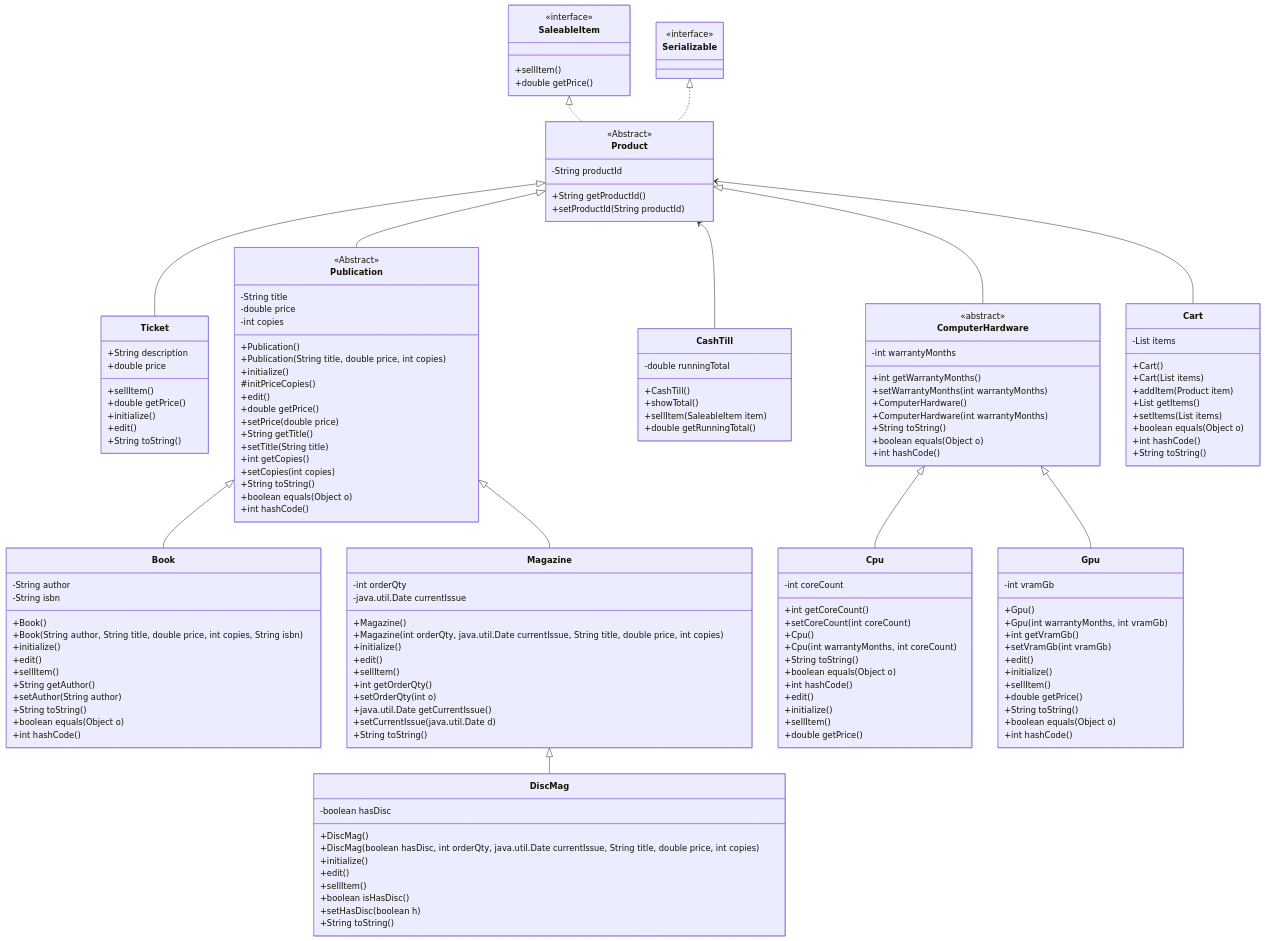
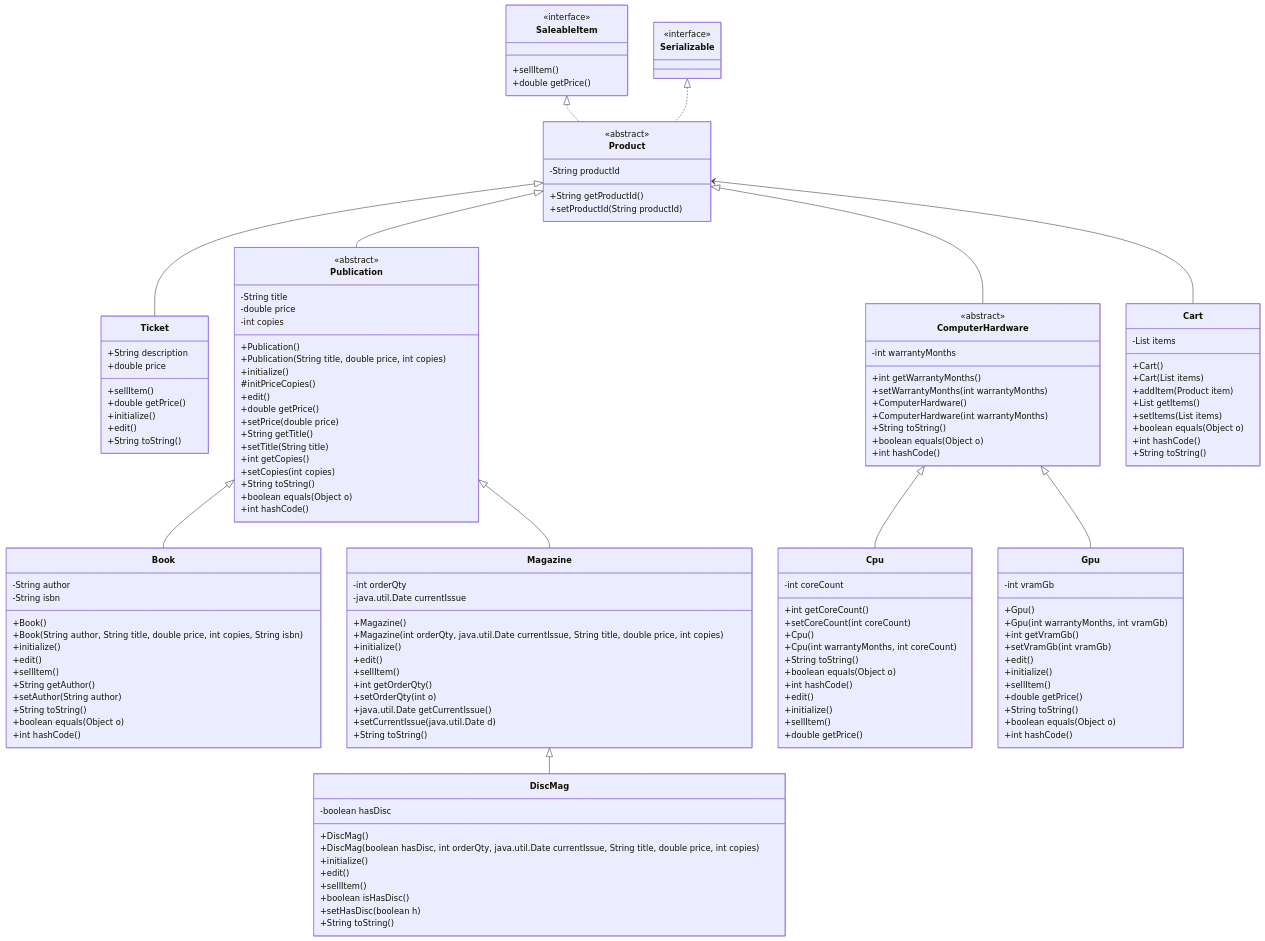
The diagram in documentation/bookstore.f25-2025-11-17-211001.mmd (Glynn494/csd230_w26.lab1.GlynnNelson), drawn with Mermaid before and after one commit.

Commit message:
Lab 1 Complete 2

```diff
--- a/documentation/bookstore.f25-2025-11-17-211001.mmd
+++ b/documentation/bookstore.f25-2025-11-17-211001.mmd
@@ -1,153 +1,145 @@
 classDiagram
     Product <|--Ticket
     Product <|--Publication
     Publication <|-- Book
     Publication <|-- Magazine
     Magazine <|-- DiscMag
     SaleableItem <|.. Product
     Serializable <|.. Product
-    Product <-- CashTill
     Product <|-- ComputerHardware
     ComputerHardware <|-- Cpu
     ComputerHardware <|-- Gpu
     Product <-- Cart
 
     class Cart {
         -List<Product> items
         +Cart()
         +Cart(List<Product> items)
         +addItem(Product item)
         +List<Product> getItems()
         +setItems(List<Product> items)
         +boolean equals(Object o)
         +int hashCode()
         +String toString()
     }
     class Product{
-        <<Abstract>>
+        <<abstract>>
         -String productId
         +String getProductId()
         +setProductId(String productId)
     }
     class Serializable{
         <<interface>>
     }
     class Ticket{
         +String description
         +double price
         +sellItem()
         +double getPrice()
         +initialize()
         +edit()
         +String toString()
     }
     class Publication{
-        <<Abstract>>
+        <<abstract>>
         -String title
         -double price
         -int copies
         +Publication()
         +Publication(String title, double price, int copies)
         +initialize()
         #initPriceCopies()
         +edit()
         +double getPrice()
         +setPrice(double price)
         +String getTitle()
         +setTitle(String title)
         +int getCopies()
         +setCopies(int copies)
         +String toString()
         +boolean equals(Object o)
         +int hashCode()
     }
     class Book{
         -String author
         -String isbn
         +Book()
         +Book(String author, String title, double price, int copies, String isbn)
         +initialize()
         +edit()
         +sellItem()
         +String getAuthor()
         +setAuthor(String author)
         +String toString()
         +boolean equals(Object o)
         +int hashCode()
     }
     class Magazine{
         -int orderQty
         -java.util.Date currentIssue
         +Magazine()
         +Magazine(int orderQty, java.util.Date currentIssue, String title, double price, int copies)
         +initialize()
         +edit()
         +sellItem()
         +int getOrderQty()
         +setOrderQty(int o)
         +java.util.Date getCurrentIssue()
         +setCurrentIssue(java.util.Date d)
         +String toString()
     }
     class DiscMag{
         -boolean hasDisc
         +DiscMag()
         +DiscMag(boolean hasDisc, int orderQty, java.util.Date currentIssue, String title, double price, int copies)
         +initialize()
         +edit()
         +sellItem()
         +boolean isHasDisc()
         +setHasDisc(boolean h)
         +String toString()
     }
-    class CashTill{
-        -double runningTotal
-        +CashTill()
-        +showTotal()
-        +sellItem(SaleableItem item)
-        +double getRunningTotal()
-    }
     class SaleableItem {
         <<interface>>
         +sellItem()
         +double getPrice()
     }
     class ComputerHardware {
         <<abstract>>
         -int warrantyMonths
         +int getWarrantyMonths()
         +setWarrantyMonths(int warrantyMonths)
         +ComputerHardware()
         +ComputerHardware(int warrantyMonths)
         +String toString()
         +boolean equals(Object o)
         +int hashCode()
     }
     class Cpu {
         -int coreCount
         +int getCoreCount()
         +setCoreCount(int coreCount)
         +Cpu()
         +Cpu(int warrantyMonths, int coreCount)
         +String toString()
         +boolean equals(Object o)
         +int hashCode()
         +edit()
         +initialize()
         +sellItem()
         +double getPrice()
     }
     class Gpu {
         -int vramGb
         +Gpu()
         +Gpu(int warrantyMonths, int vramGb)
         +int getVramGb()
         +setVramGb(int vramGb)
         +edit()
         +initialize()
         +sellItem()
         +double getPrice()
         +String toString()
         +boolean equals(Object o)
         +int hashCode()
     }
```
